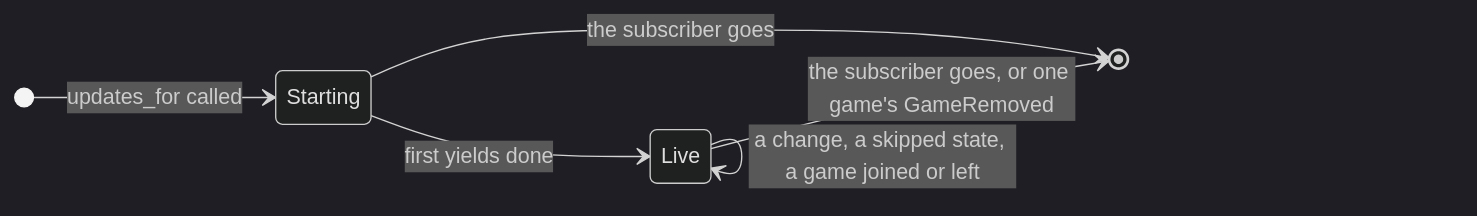
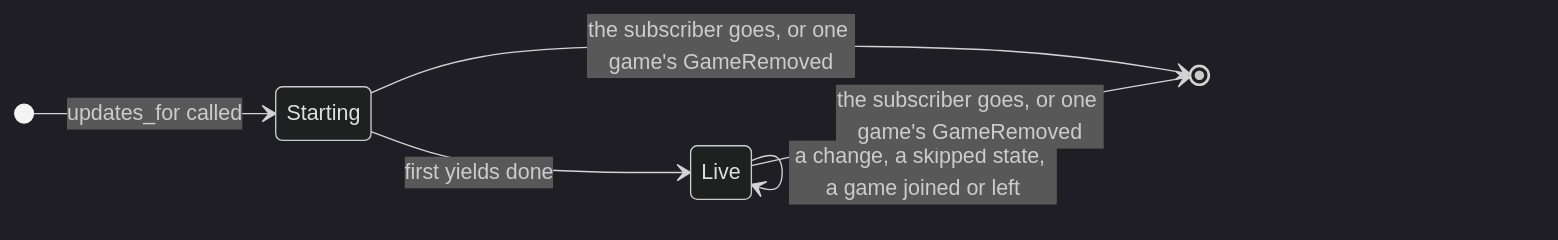
Before and after one commit to delphside/programme: the second of 3 diagrams in applications/tile-lite-elite/3.1.7-changes/workstreams/application-game-architecture/71-one-game-model/71-life-histories.md, drawn with Mermaid (dark theme). The commit also changed other lines of this file, not shown here.

````diff
--- a/applications/tile-lite-elite/3.1.7-changes/workstreams/application-game-architecture/71-one-game-model/71-life-histories.md
+++ b/applications/tile-lite-elite/3.1.7-changes/workstreams/application-game-architecture/71-one-game-model/71-life-histories.md
@@ -185,9 +189,9 @@
 ```mermaid
 stateDiagram-v2
     direction LR
     [*] --> Starting: updates_for called
     Starting --> Live: first yields done
     Live --> Live: a change, a skipped state, a game joined or left
-    Starting --> [*]: the subscriber goes
+    Starting --> [*]: the subscriber goes, or one game's GameRemoved
     Live --> [*]: the subscriber goes, or one game's GameRemoved
 ```
````
